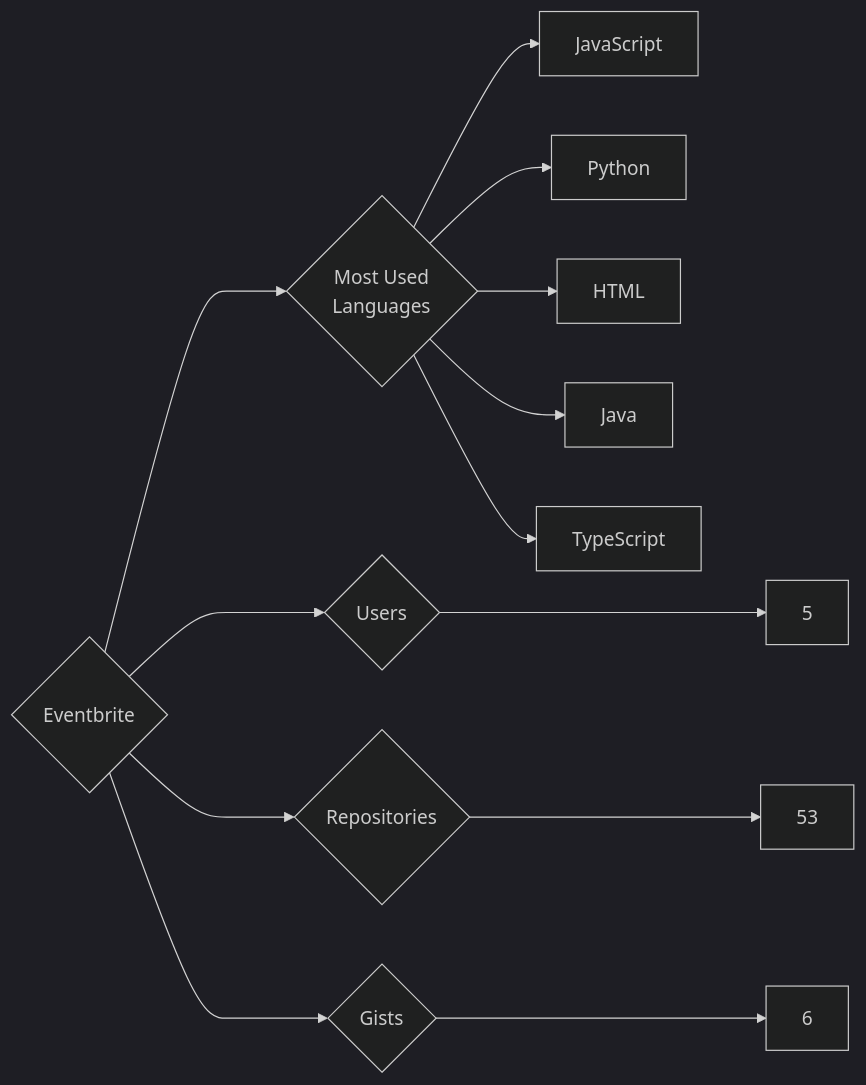
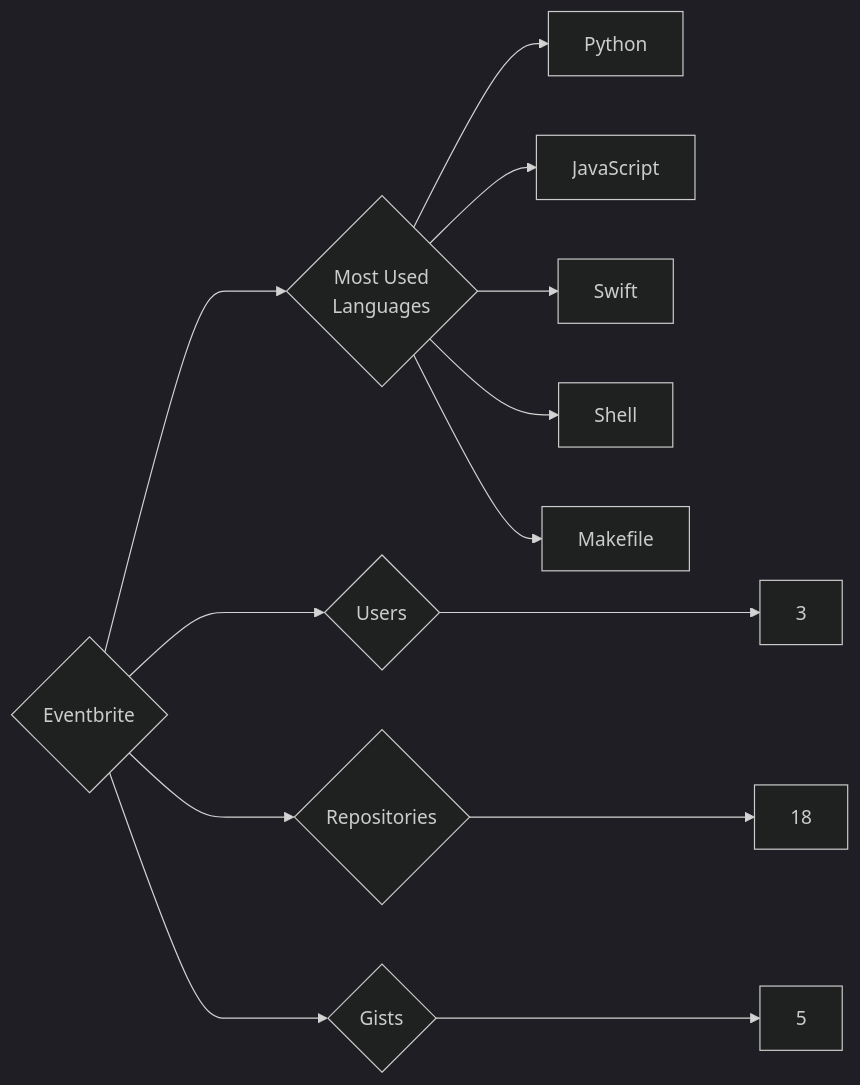
One commit to trickest/insiders changed the diagram in targets/Eventbrite/README.md. Above: the diagram before and after it, drawn with Mermaid (dark theme). The commit also changed 815 other files, not shown here.

````diff
--- a/targets/Eventbrite/README.md
+++ b/targets/Eventbrite/README.md
@@ -3,13 +3,13 @@
 ```mermaid
 graph LR
 COMPANY_NAME{Eventbrite}
-COMPANY_NAME ---> U{Users} ---> UN[5]
-COMPANY_NAME ---> R{Repositories} ---> RN[53]
-COMPANY_NAME ---> G{Gists} ---> GN[6]
+COMPANY_NAME ---> U{Users} ---> UN[3]
+COMPANY_NAME ---> R{Repositories} ---> RN[18]
+COMPANY_NAME ---> G{Gists} ---> GN[5]
 COMPANY_NAME ---> ML{Most Used<br>Languages}
+ML --> Python[Python]
 ML --> JavaScript[JavaScript]
-ML --> Python[Python]
-ML --> HTML[HTML]
-ML --> Java[Java]
-ML --> TypeScript[TypeScript]
+ML --> Swift[Swift]
+ML --> Shell[Shell]
+ML --> Makefile[Makefile]
 ```
````
